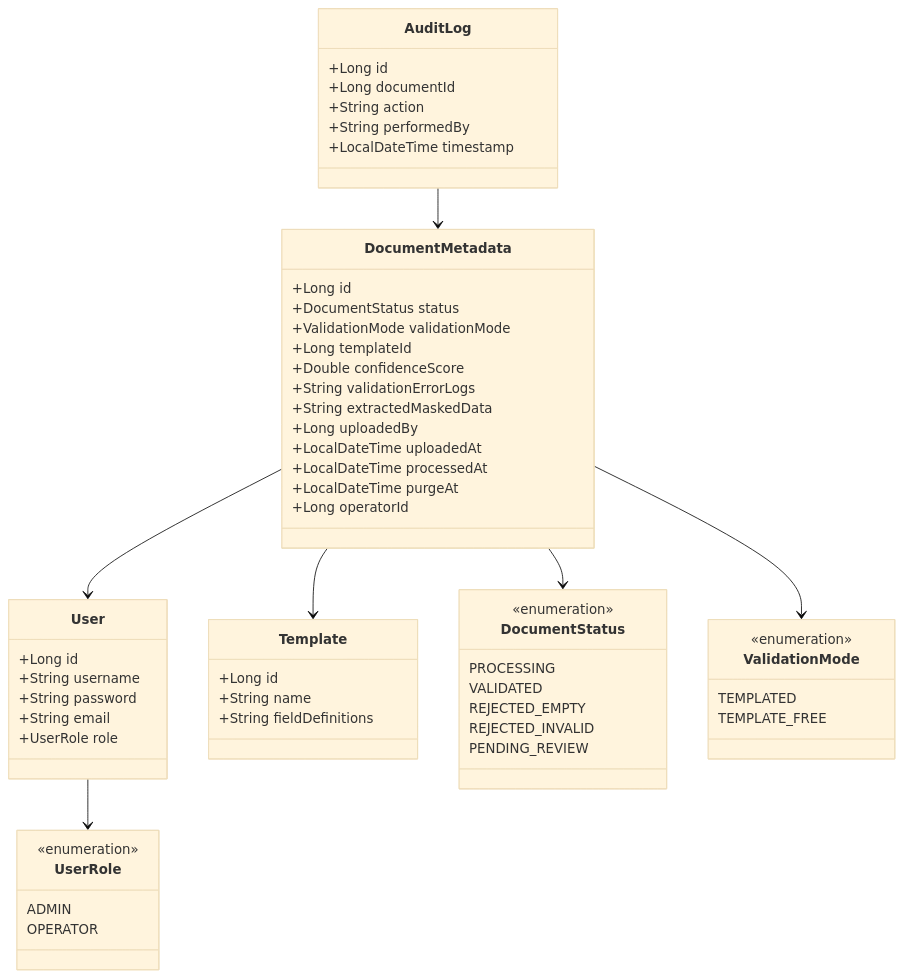
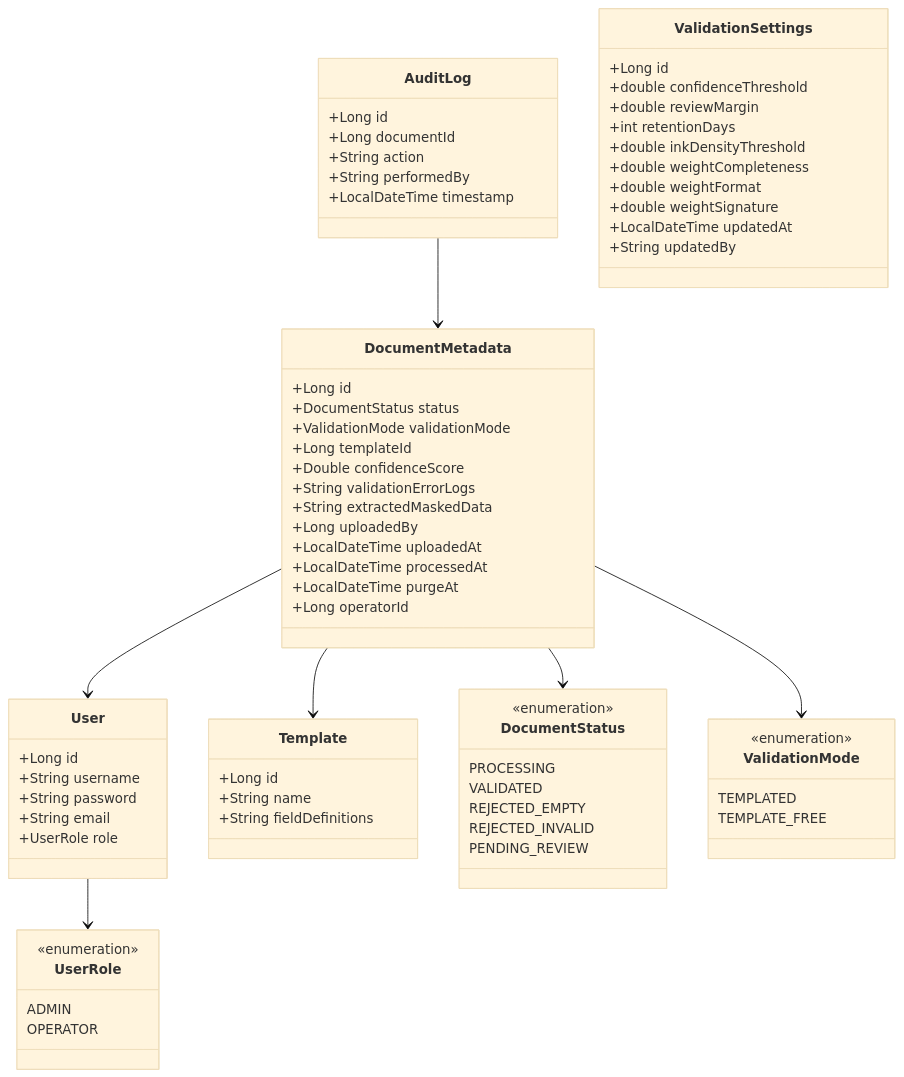
One commit to pelinevleksiz/validdoc changed the second of 3 diagrams in SDD.md. Above: the diagram before and after it, drawn with Mermaid (base theme). The commit also changed other lines of this file and 1 other file, not shown here.

Commit message:
update SRS and SDD to document the admin-editable validation settings feature, the retention purge dedup fix, and the runtime (no-restart) threshold/weight configuration mechanism.

````diff
--- a/SDD.md
+++ b/SDD.md
@@ -61,60 +61,72 @@
 ```mermaid
 classDiagram
     class User {
         +Long id
         +String username
         +String password
         +String email
         +UserRole role
     }
     class DocumentMetadata {
         +Long id
         +DocumentStatus status
         +ValidationMode validationMode
         +Long templateId
         +Double confidenceScore
         +String validationErrorLogs
         +String extractedMaskedData
         +Long uploadedBy
         +LocalDateTime uploadedAt
         +LocalDateTime processedAt
         +LocalDateTime purgeAt
         +Long operatorId
     }
     class Template {
         +Long id
         +String name
         +String fieldDefinitions
     }
     class AuditLog {
         +Long id
         +Long documentId
         +String action
         +String performedBy
         +LocalDateTime timestamp
     }
     class UserRole {
         <<enumeration>>
         ADMIN
         OPERATOR
     }
     class DocumentStatus {
         <<enumeration>>
         PROCESSING
         VALIDATED
         REJECTED_EMPTY
         REJECTED_INVALID
         PENDING_REVIEW
     }
     class ValidationMode {
         <<enumeration>>
         TEMPLATED
         TEMPLATE_FREE
     }
+    class ValidationSettings {
+        +Long id
+        +double confidenceThreshold
+        +double reviewMargin
+        +int retentionDays
+        +double inkDensityThreshold
+        +double weightCompleteness
+        +double weightFormat
+        +double weightSignature
+        +LocalDateTime updatedAt
+        +String updatedBy
+    }
     User --> UserRole
     DocumentMetadata --> DocumentStatus
     DocumentMetadata --> ValidationMode
     DocumentMetadata --> Template
     DocumentMetadata --> User
     AuditLog --> DocumentMetadata
 ```
````
